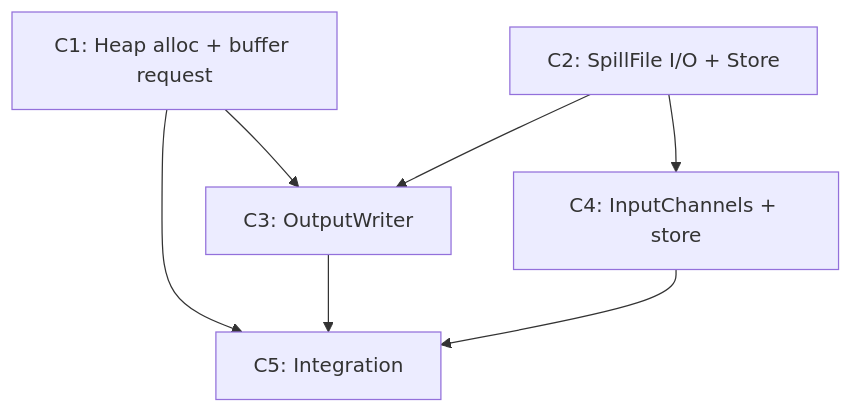
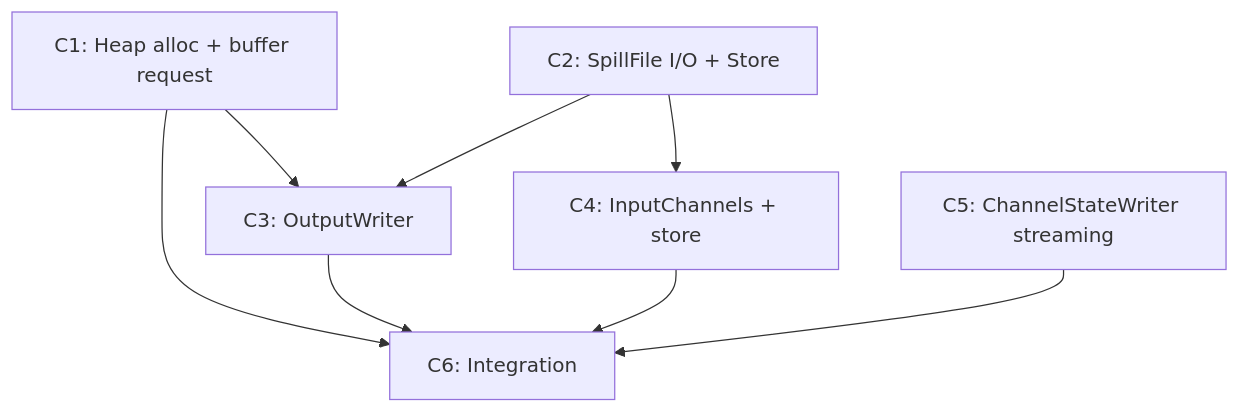
Before and after one commit to 1996fanrui/flink: the diagram in requirements/38544/commit_plan.md, drawn with Mermaid. The commit also changed other lines of this file and 3 other files, not shown here.

````diff
--- a/requirements/38544/commit_plan.md
+++ b/requirements/38544/commit_plan.md
@@ -148,15 +172,17 @@
 ```mermaid
 graph TD
     C1["C1: Heap alloc + buffer request"]
     C2["C2: SpillFile I/O + Store"]
     C3["C3: OutputWriter"]
     C4["C4: InputChannels + store"]
-    C5["C5: Integration"]
+    C5["C5: ChannelStateWriter streaming"]
+    C6["C6: Integration"]
 
     C1 --> C3
     C2 --> C3
     C2 --> C4
-    C1 --> C5
-    C3 --> C5
-    C4 --> C5
+    C1 --> C6
+    C3 --> C6
+    C4 --> C6
+    C5 --> C6
 ```
````
